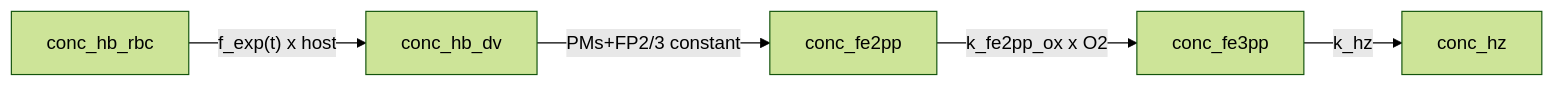
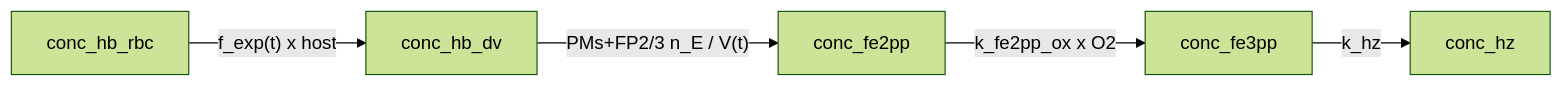
Before and after one commit to davidkuter/haem_kinetics: the diagram in docs/models/model2.md, drawn with Mermaid (forest theme). The commit also changed other lines of this file and 42 other files, not shown here.

````diff
--- a/docs/models/model2.md
+++ b/docs/models/model2.md
@@ -45,7 +45,7 @@
 ```mermaid
 flowchart LR
   Host["conc_hb_rbc"] -->|"f_exp(t) x host"| HbDV["conc_hb_dv"]
-  HbDV -->|"PMs+FP2/3 constant"| Fe2["conc_fe2pp"]
+  HbDV -->|"PMs+FP2/3 n_E / V(t)"| Fe2["conc_fe2pp"]
   Fe2 -->|"k_fe2pp_ox x O2"| Fe3["conc_fe3pp"]
   Fe3 -->|"k_hz"| Hz["conc_hz"]
 ```
````
